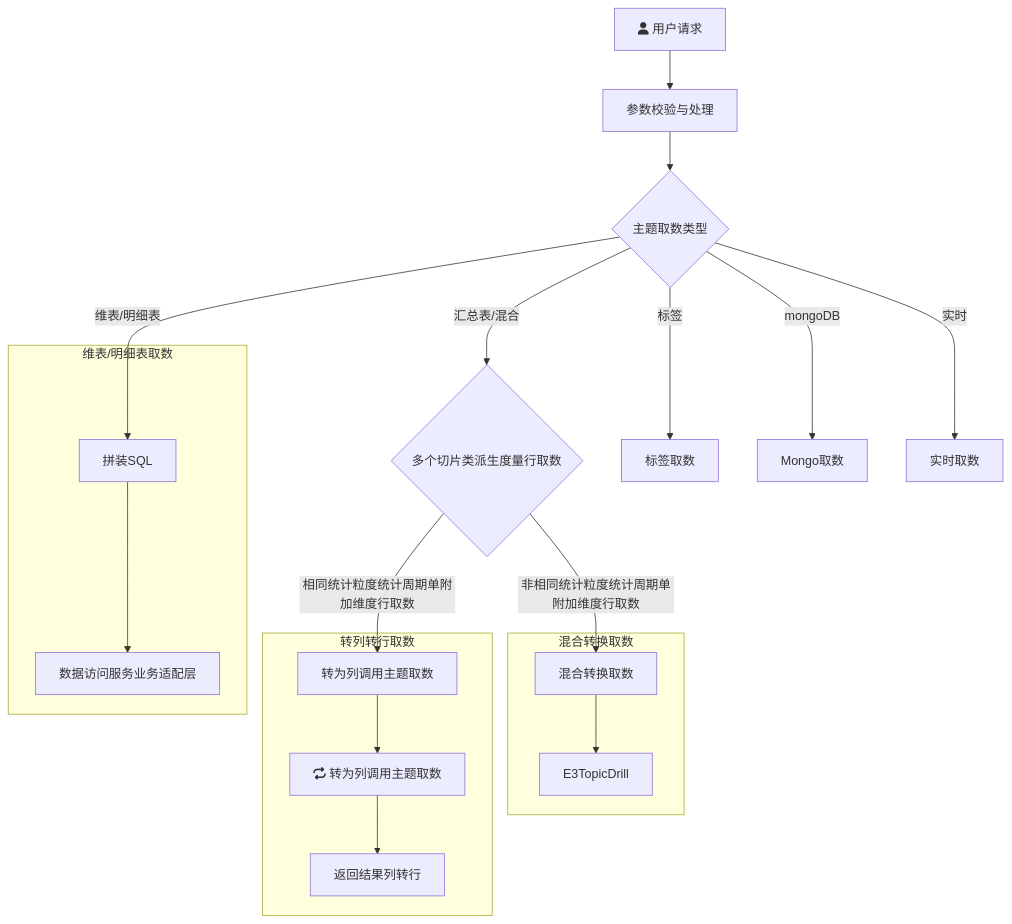
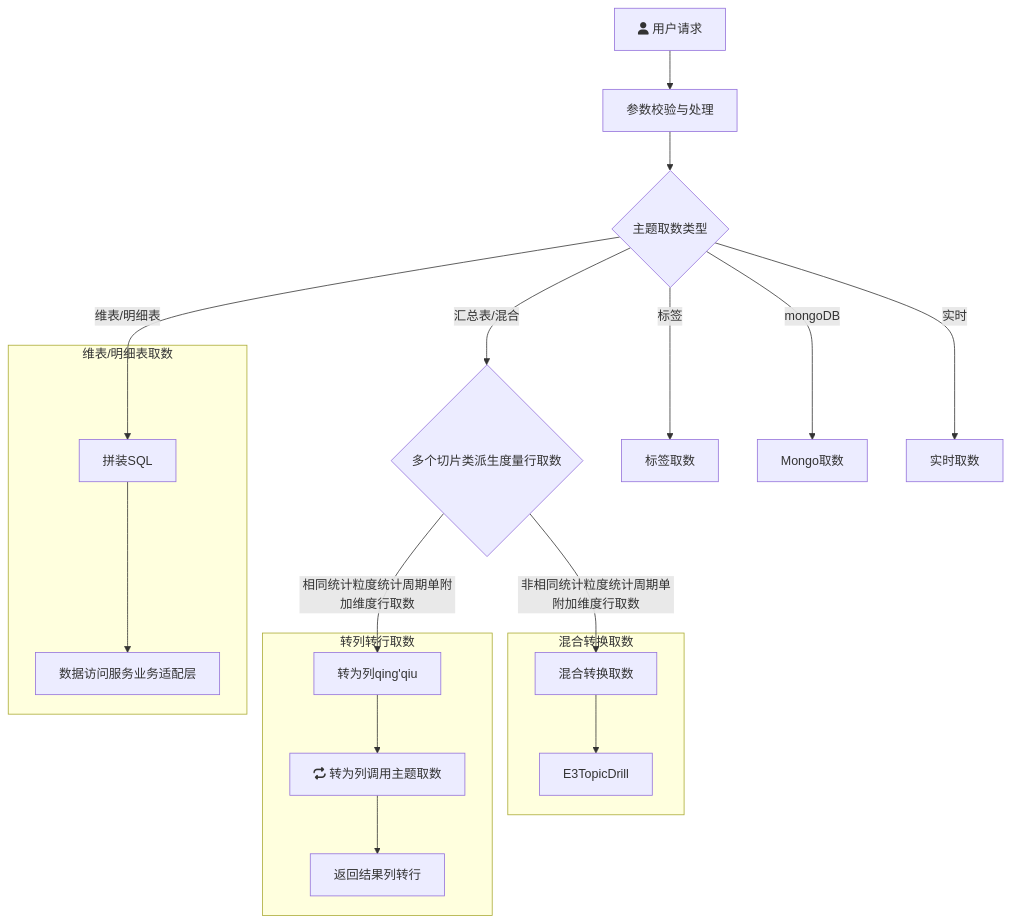
One commit to yanglosm/iodraw-files changed the diagram in all/未命名.md. Above: the diagram before and after it, drawn with Mermaid.

Commit message:
2024-11-29 18:36:52 update

````diff
--- a/all/未命名.md
+++ b/all/未命名.md
@@ -1,20 +1,20 @@
 ```mermaid
 flowchart TD
     A[fa:fa-user 用户请求] -->A1[参数校验与处理] --> B{主题取数类型}
     B -->|维表/明细表| D[拼装SQL]
     B -->|汇总表/混合| E{多个切片类派生度量行取数}
     B -->|标签| F[标签取数]
     B -->|mongoDB| G[Mongo取数]
     B -->|实时| H[实时取数]
-    E -->|相同统计粒度统计周期单附加维度行取数| E1[转为列调用主题取数]
+    E -->|相同统计粒度统计周期单附加维度行取数| E1[转为列qing'qiu]
     E -->|非相同统计粒度统计周期单附加维度行取数| E2[混合转换取数]
     subgraph 维表/明细表取数
     D-->D1[数据访问服务业务适配层]
     end
     subgraph 转列转行取数
     E1-->E11[fa:fa-repeat 转为列调用主题取数]-->E12[返回结果列转行]
     end
     subgraph 混合转换取数
     E2-->E3TopicDrill
     end
 ```
````
